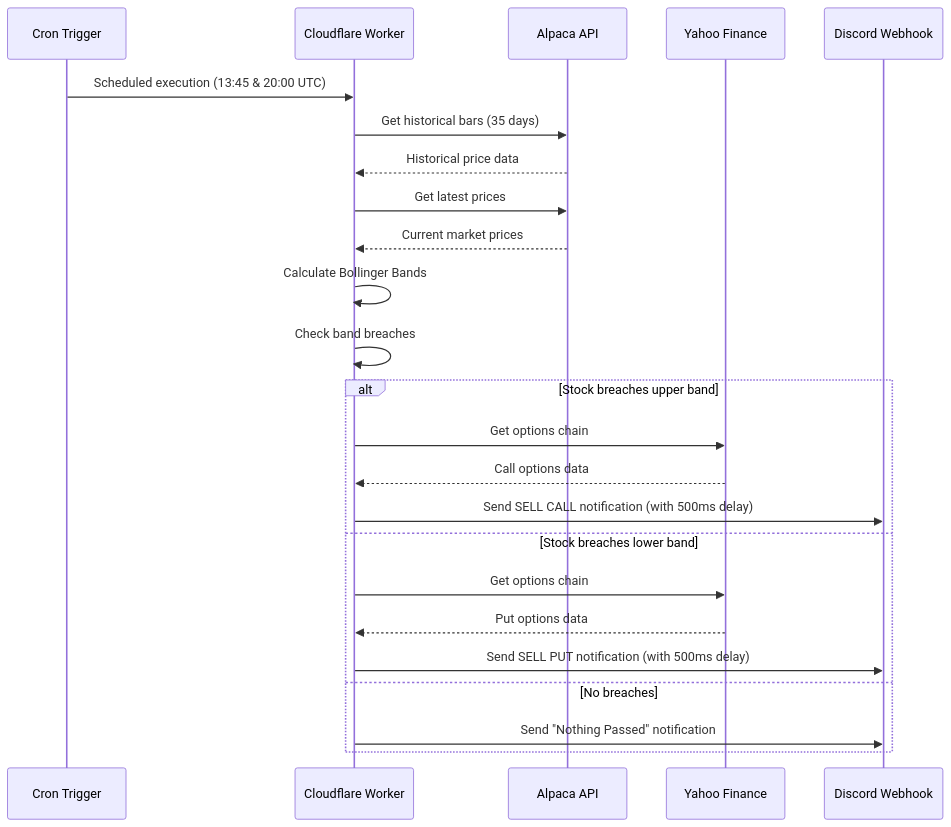
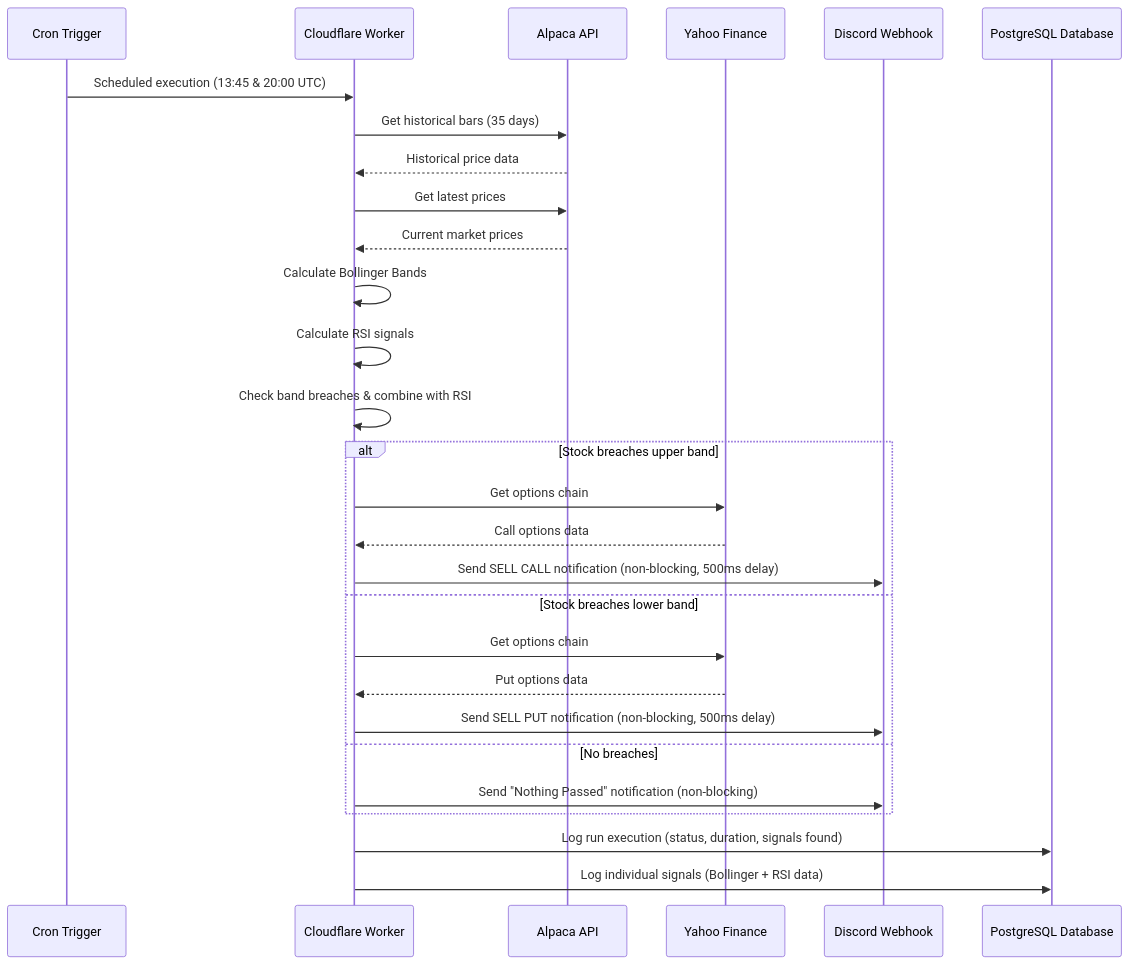
One commit to k-dang/bollinger-checker changed the second of 3 diagrams in ARCHITECTURE.md. Above: the diagram before and after it, drawn with Mermaid. The commit also changed other lines of this file, not shown here.

Commit message:
chore: update architecture markdown

````diff
--- a/ARCHITECTURE.md
+++ b/ARCHITECTURE.md
@@ -46,31 +51,36 @@
 ```mermaid
 sequenceDiagram
     participant Cron as Cron Trigger
     participant Worker as Cloudflare Worker
     participant Alpaca as Alpaca API
     participant Yahoo as Yahoo Finance
     participant Discord as Discord Webhook
+    participant DB as PostgreSQL Database
 
     Cron->>Worker: Scheduled execution (13:45 & 20:00 UTC)
 
     Worker->>Alpaca: Get historical bars (35 days)
     Alpaca-->>Worker: Historical price data
 
     Worker->>Alpaca: Get latest prices
     Alpaca-->>Worker: Current market prices
 
     Worker->>Worker: Calculate Bollinger Bands
-    Worker->>Worker: Check band breaches
+    Worker->>Worker: Calculate RSI signals
+    Worker->>Worker: Check band breaches & combine with RSI
 
     alt Stock breaches upper band
         Worker->>Yahoo: Get options chain
         Yahoo-->>Worker: Call options data
-        Worker->>Discord: Send SELL CALL notification (with 500ms delay)
+        Worker->>Discord: Send SELL CALL notification (non-blocking, 500ms delay)
     else Stock breaches lower band
         Worker->>Yahoo: Get options chain
         Yahoo-->>Worker: Put options data
-        Worker->>Discord: Send SELL PUT notification (with 500ms delay)
+        Worker->>Discord: Send SELL PUT notification (non-blocking, 500ms delay)
     else No breaches
-        Worker->>Discord: Send "Nothing Passed" notification
+        Worker->>Discord: Send "Nothing Passed" notification (non-blocking)
     end
+
+    Worker->>DB: Log run execution (status, duration, signals found)
+    Worker->>DB: Log individual signals (Bollinger + RSI data)
 ```
````
